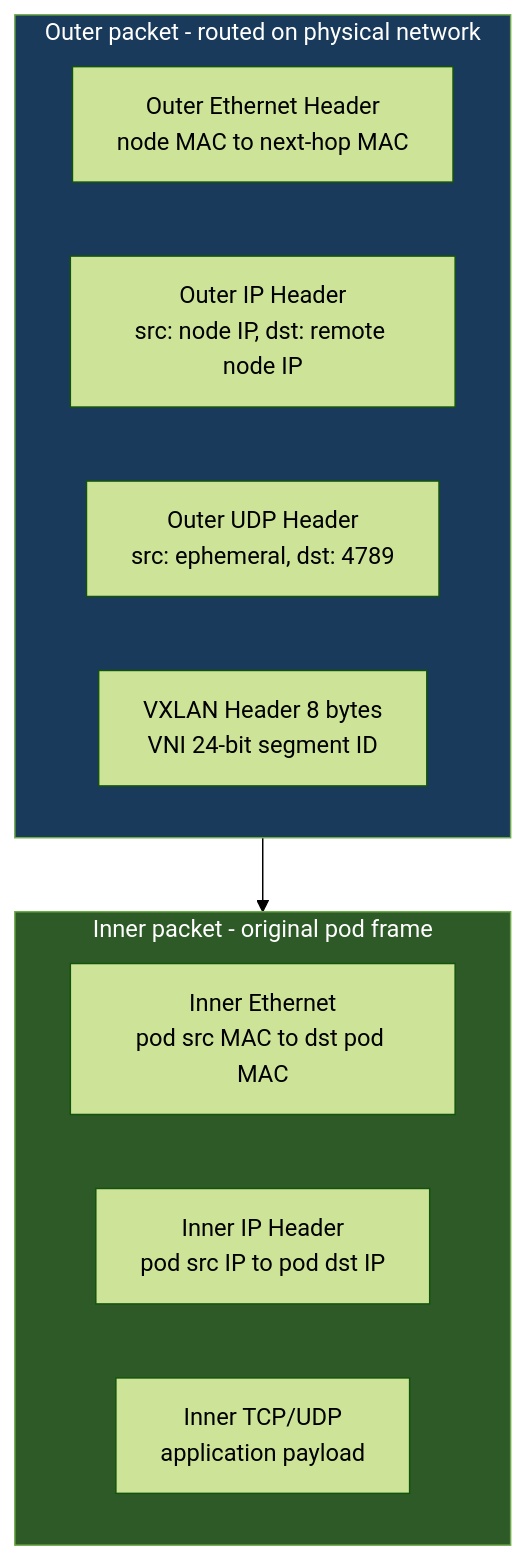
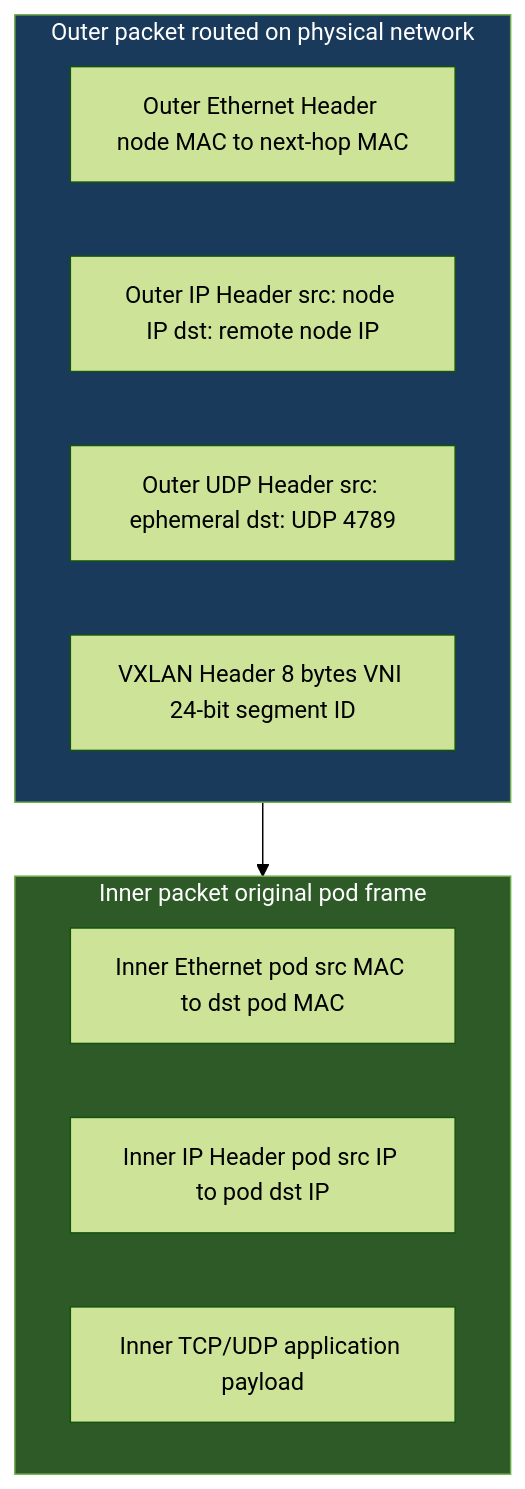
The first of 3 diagrams in lessons/05-vxlan-and-overlay-networks.md (MykolaLebid/Kubernetes_networking_engineering), drawn with Mermaid (forest theme) before and after one commit. The commit also changed other lines of this file and 35 other files, not shown here.

First line of the commit message:
Restructure all 34 lessons: Theory/Practice split, richer diagrams, industry examples, navigation

````diff
--- a/lessons/05-vxlan-and-overlay-networks.md
+++ b/lessons/05-vxlan-and-overlay-networks.md
@@ -42,18 +34,18 @@
 ```mermaid
 flowchart TD
-    subgraph outer [Outer packet - routed on physical network]
-        OE[Outer Ethernet Header\nnode MAC to next-hop MAC]
-        OI[Outer IP Header\nsrc: node IP, dst: remote node IP]
-        OU[Outer UDP Header\nsrc: ephemeral, dst: 4789]
-        OV[VXLAN Header 8 bytes\nVNI 24-bit segment ID]
+    subgraph outer [Outer packet routed on physical network]
+        OE["Outer Ethernet Header node MAC to next-hop MAC"]
+        OI["Outer IP Header src: node IP dst: remote node IP"]
+        OU["Outer UDP Header src: ephemeral dst: UDP 4789"]
+        OV["VXLAN Header 8 bytes VNI 24-bit segment ID"]
     end
-    subgraph inner [Inner packet - original pod frame]
-        IE[Inner Ethernet\npod src MAC to dst pod MAC]
-        II[Inner IP Header\npod src IP to pod dst IP]
-        IP2[Inner TCP/UDP\napplication payload]
+    subgraph inner [Inner packet original pod frame]
+        IE["Inner Ethernet pod src MAC to dst pod MAC"]
+        II["Inner IP Header pod src IP to pod dst IP"]
+        IP2["Inner TCP/UDP application payload"]
     end
     outer --> inner
 
     style outer fill:#1a3a5c,color:#fff
     style inner fill:#2d5a27,color:#fff
 ```
````
